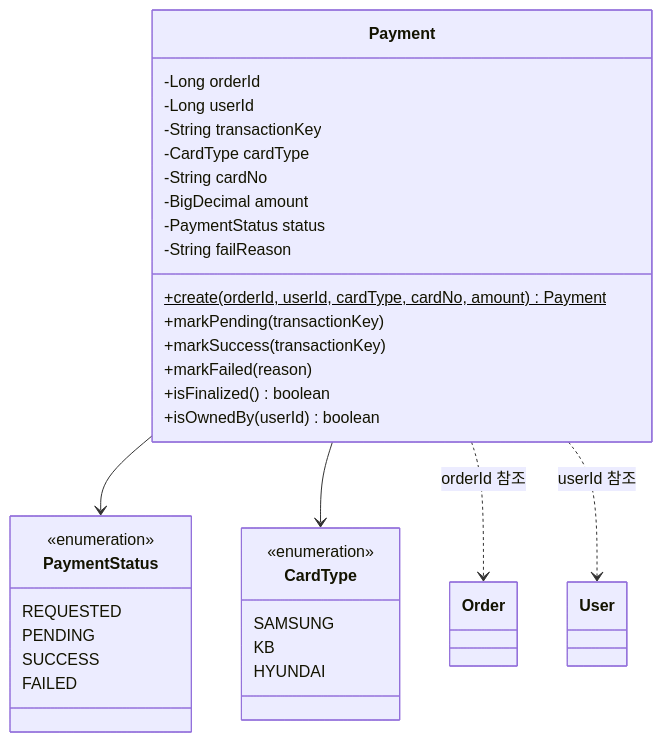
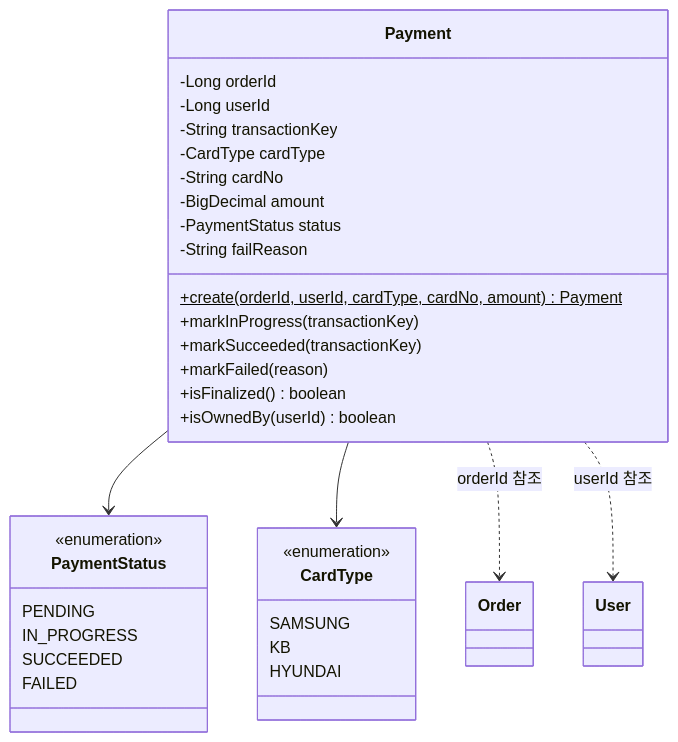
The diagram in docs/design/payment/class-diagram.md (Loopers-dev-lab/loop-pack-be-l2-vol3-java), drawn with Mermaid before and after one commit. The commit also changed other lines of this file and 12 other files, not shown here.

````diff
--- a/docs/design/payment/class-diagram.md
+++ b/docs/design/payment/class-diagram.md
@@ -8,39 +8,39 @@
 ```mermaid
 classDiagram
     class Payment {
         -Long orderId
         -Long userId
         -String transactionKey
         -CardType cardType
         -String cardNo
         -BigDecimal amount
         -PaymentStatus status
         -String failReason
         +create(orderId, userId, cardType, cardNo, amount)$ Payment
-        +markPending(transactionKey)
-        +markSuccess(transactionKey)
+        +markInProgress(transactionKey)
+        +markSucceeded(transactionKey)
         +markFailed(reason)
         +isFinalized() boolean
         +isOwnedBy(userId) boolean
     }
 
     class PaymentStatus {
         <<enumeration>>
-        REQUESTED
         PENDING
-        SUCCESS
+        IN_PROGRESS
+        SUCCEEDED
         FAILED
     }
 
     class CardType {
         <<enumeration>>
         SAMSUNG
         KB
         HYUNDAI
     }
 
     Payment --> PaymentStatus
     Payment --> CardType
     Payment ..> Order : orderId 참조
     Payment ..> User : userId 참조
 ```
````
